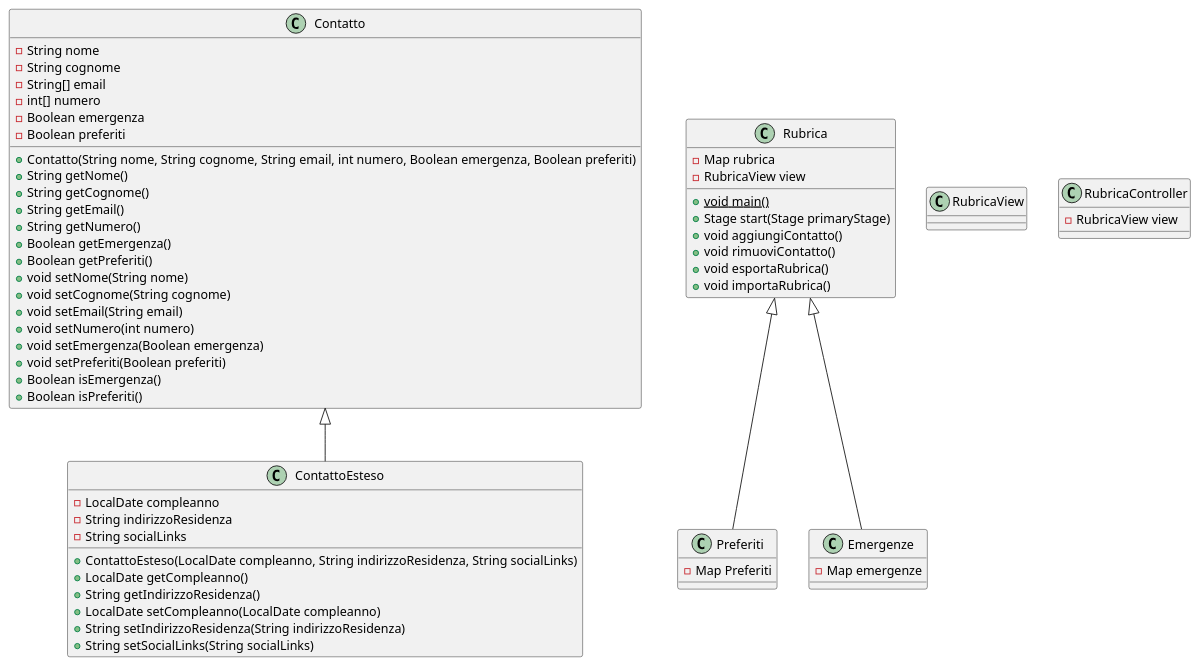
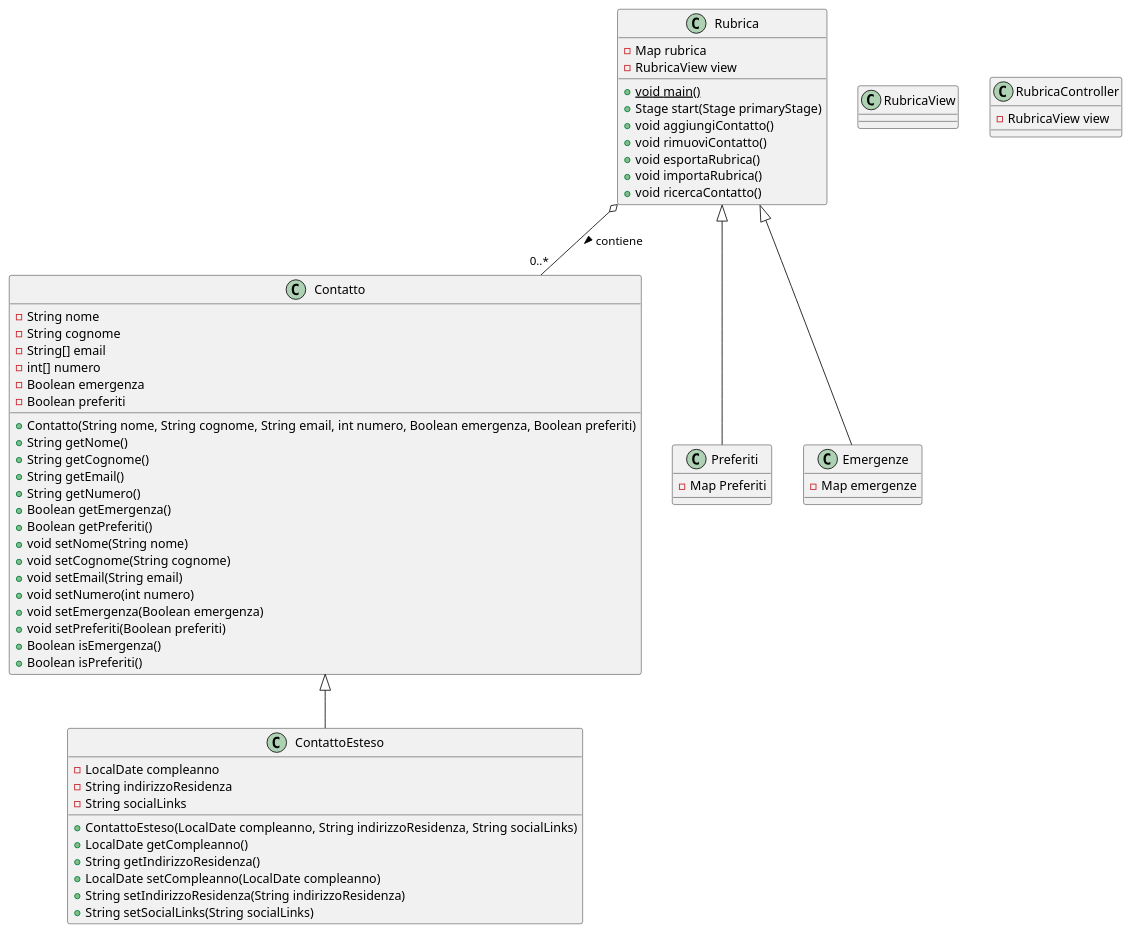
Before and after one commit to emanueletocci/uni-swe-project: the diagram in docs/bozze/Diagrammi/Classi/DiagrammiClassi.puml, drawn with PlantUML.

Commit message:
aggiornamento diagramma classi

```diff
--- a/docs/bozze/Diagrammi/Classi/DiagrammiClassi.puml
+++ b/docs/bozze/Diagrammi/Classi/DiagrammiClassi.puml
@@ -1,64 +1,66 @@
 @startuml
 class Contatto {
   - String nome
   - String cognome
   - String[] email
   - int[] numero
   - Boolean emergenza
   - Boolean preferiti
   + Contatto(String nome, String cognome, String email, int numero, Boolean emergenza, Boolean preferiti)
   + String getNome()
   + String getCognome()
   + String getEmail()
   + String getNumero()
   + Boolean getEmergenza()
   + Boolean getPreferiti()
   + void setNome(String nome)
   + void setCognome(String cognome)
   + void setEmail(String email)
   + void setNumero(int numero)
   + void setEmergenza(Boolean emergenza)
   + void setPreferiti(Boolean preferiti)
   + Boolean isEmergenza()
   + Boolean isPreferiti()
   
 } 
 class ContattoEsteso {
   - LocalDate compleanno
   - String indirizzoResidenza
   - String socialLinks
   + ContattoEsteso(LocalDate compleanno, String indirizzoResidenza, String socialLinks)
   + LocalDate getCompleanno()
   + String getIndirizzoResidenza()
   + LocalDate setCompleanno(LocalDate compleanno)
   + String setIndirizzoResidenza(String indirizzoResidenza)
   + String setSocialLinks(String socialLinks)
 }
 class Rubrica {
-  - Map rubrica 
-  - RubricaView view 
+  - Map rubrica
+  - RubricaView view
   + void {static} main()
   + Stage start(Stage primaryStage)
   + void aggiungiContatto()
   + void rimuoviContatto()
   + void esportaRubrica()
   + void importaRubrica()
+  + void ricercaContatto()
 }
 
 class Preferiti {
   - Map Preferiti
 }
 class Emergenze {
-  - Map emergenze 
+  - Map emergenze
 }
 
-class RubricaView 
+class RubricaView
 class RubricaController{
   - RubricaView view
 }
 
 Contatto <|-- ContattoEsteso
 Rubrica <|-- Preferiti
 Rubrica <|-- Emergenze
+Rubrica o-- "0..*" Contatto : contiene >
 
 @enduml
```
